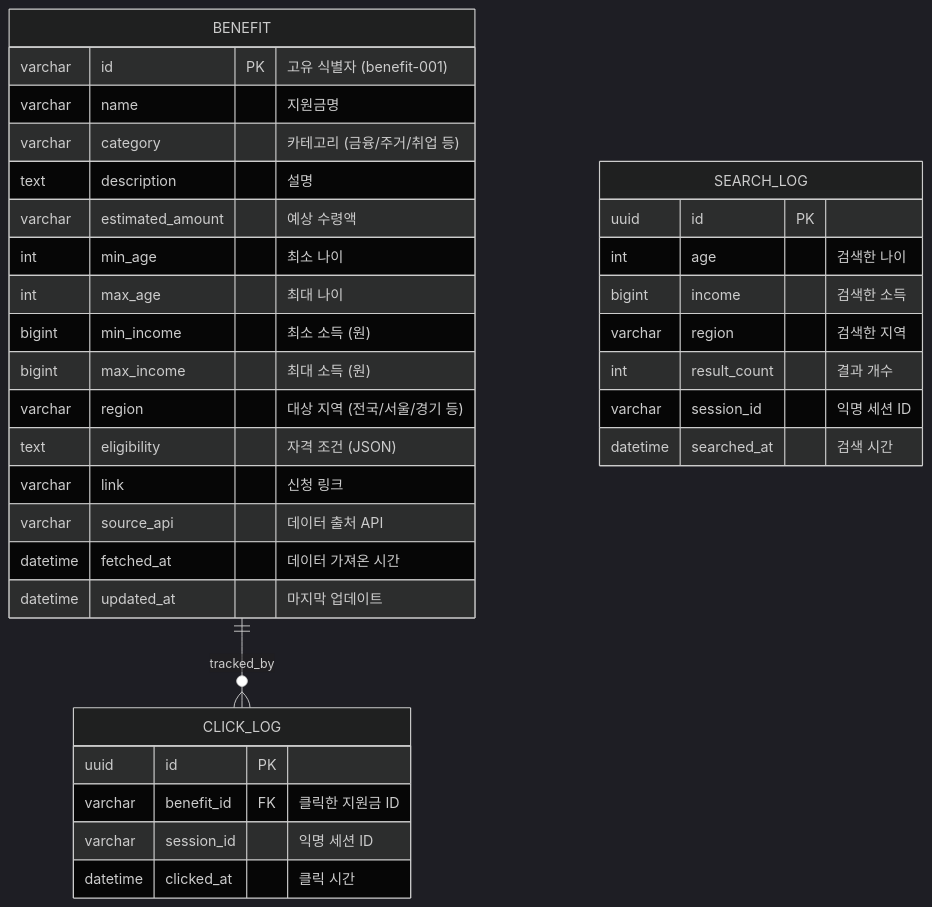
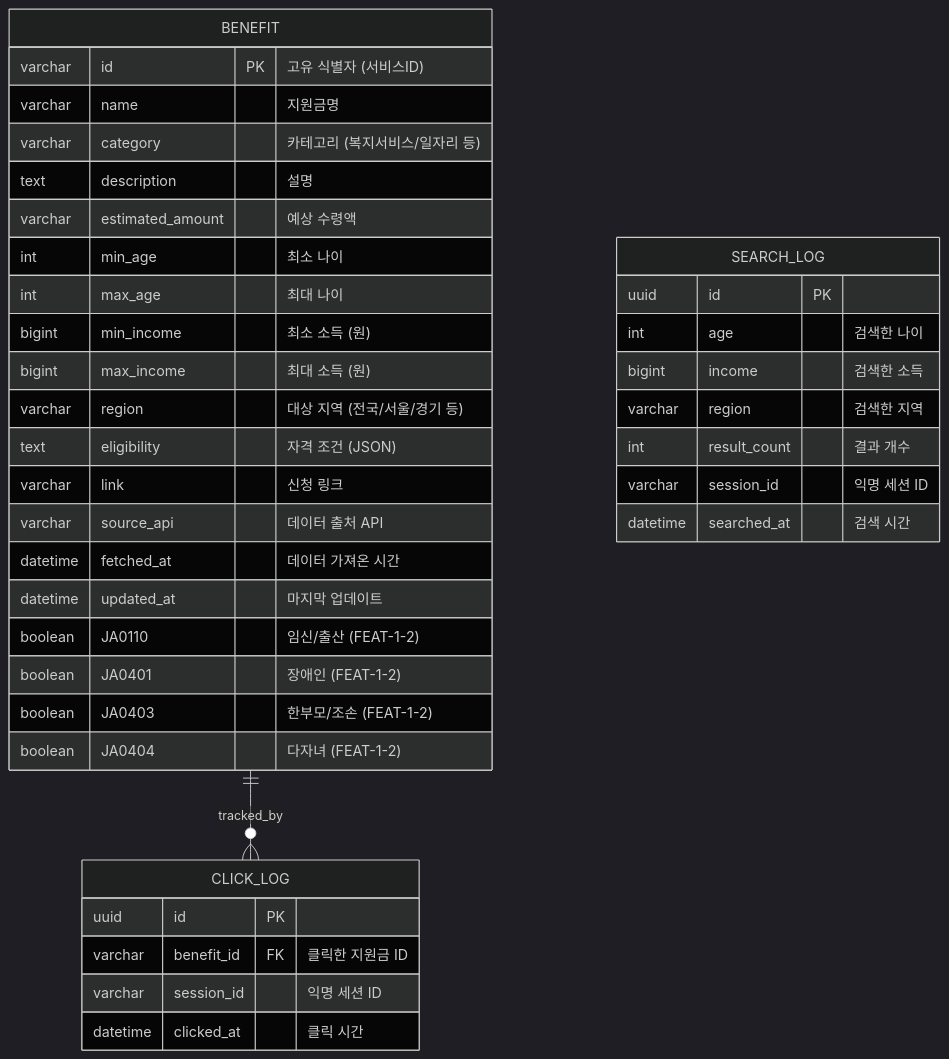
One commit to sseok-lee/alimi changed the first of 2 diagrams in docs/planning/04-database-design.md. Above: the diagram before and after it, drawn with Mermaid (dark theme). The commit also changed other lines of this file and 3 other files, not shown here.

````diff
--- a/docs/planning/04-database-design.md
+++ b/docs/planning/04-database-design.md
@@ -28,43 +28,47 @@
 ```mermaid
 erDiagram
     %% FEAT-1: 지원금 데이터
     BENEFIT {
-        varchar id PK "고유 식별자 (benefit-001)"
+        varchar id PK "고유 식별자 (서비스ID)"
         varchar name "지원금명"
-        varchar category "카테고리 (금융/주거/취업 등)"
+        varchar category "카테고리 (복지서비스/일자리 등)"
         text description "설명"
         varchar estimated_amount "예상 수령액"
         int min_age "최소 나이"
         int max_age "최대 나이"
         bigint min_income "최소 소득 (원)"
         bigint max_income "최대 소득 (원)"
         varchar region "대상 지역 (전국/서울/경기 등)"
         text eligibility "자격 조건 (JSON)"
         varchar link "신청 링크"
         varchar source_api "데이터 출처 API"
         datetime fetched_at "데이터 가져온 시간"
         datetime updated_at "마지막 업데이트"
+        boolean JA0110 "임신/출산 (FEAT-1-2)"
+        boolean JA0401 "장애인 (FEAT-1-2)"
+        boolean JA0403 "한부모/조손 (FEAT-1-2)"
+        boolean JA0404 "다자녀 (FEAT-1-2)"
     }
 
     %% FEAT-1: 검색 로그 (분석용)
     SEARCH_LOG {
         uuid id PK
         int age "검색한 나이"
         bigint income "검색한 소득"
         varchar region "검색한 지역"
         int result_count "결과 개수"
         varchar session_id "익명 세션 ID"
         datetime searched_at "검색 시간"
     }
 
     %% FEAT-1: 클릭 로그 (분석용)
     CLICK_LOG {
         uuid id PK
         varchar benefit_id FK "클릭한 지원금 ID"
         varchar session_id "익명 세션 ID"
         datetime clicked_at "클릭 시간"
     }
 
     %% 관계 정의
     BENEFIT ||--o{ CLICK_LOG : "tracked_by"
 ```
````
